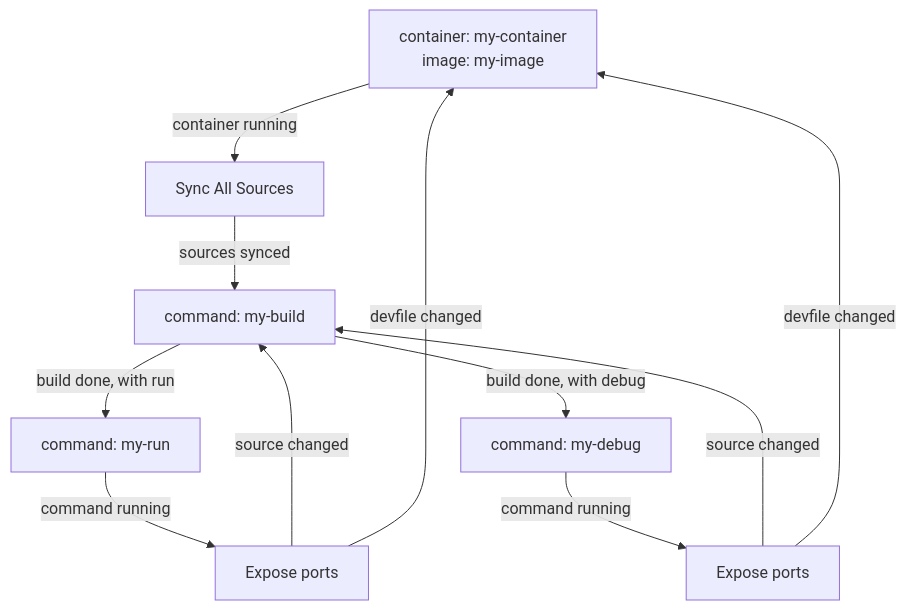
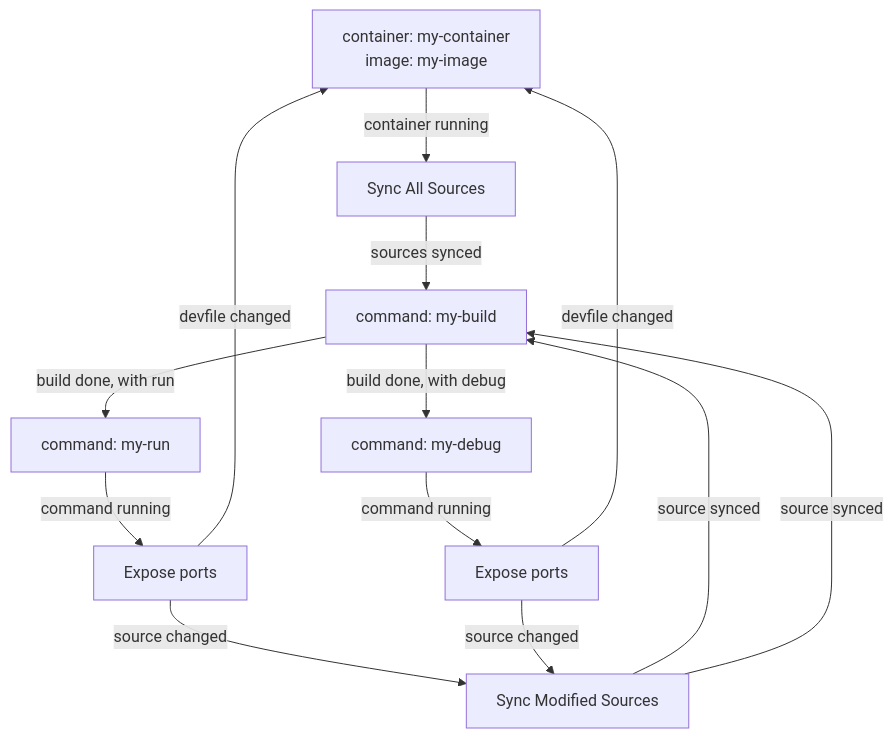
The diagram in pkg/graph/graphs/container-build-run-debug.md (feloy/devfile-lifecycle), drawn with Mermaid before and after one commit. The commit also changed 2 other files, not shown here.

Commit message:
Add Sync sources after sources changed

````diff
--- a/pkg/graph/graphs/container-build-run-debug.md
+++ b/pkg/graph/graphs/container-build-run-debug.md
@@ -1,20 +1,23 @@
 ```mermaid
 graph TB
 my-container["container: my-container<br/>image: my-image"]
 my-build["command: my-build"]
 my-container-my-debug-expose["Expose ports"]
 my-container-my-run-expose["Expose ports"]
 my-debug["command: my-debug"]
 my-run["command: my-run"]
 sync-all-my-container["Sync All Sources"]
+sync-modified-my-container["Sync Modified Sources"]
 my-container -->|"container running"| sync-all-my-container
 sync-all-my-container -->|"sources synced"| my-build
 my-build -->|"build done, with run"| my-run
 my-run -->|"command running"| my-container-my-run-expose
-my-container-my-run-expose -->|"source changed"| my-build
+my-container-my-run-expose -->|"source changed"| sync-modified-my-container
+sync-modified-my-container -->|"source synced"| my-build
 my-container-my-run-expose -->|"devfile changed"| my-container
 my-build -->|"build done, with debug"| my-debug
 my-debug -->|"command running"| my-container-my-debug-expose
-my-container-my-debug-expose -->|"source changed"| my-build
+my-container-my-debug-expose -->|"source changed"| sync-modified-my-container
+sync-modified-my-container -->|"source synced"| my-build
 my-container-my-debug-expose -->|"devfile changed"| my-container
 ```
````
